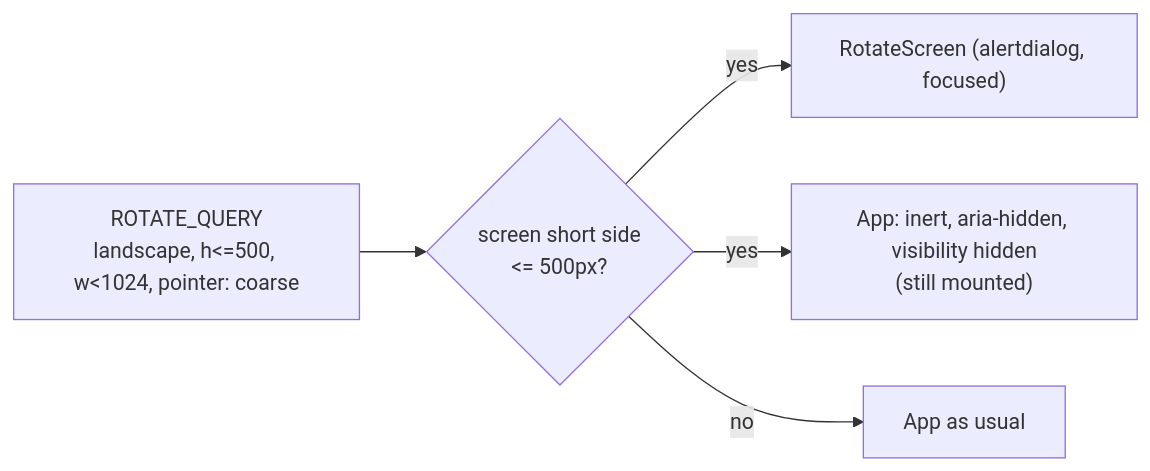
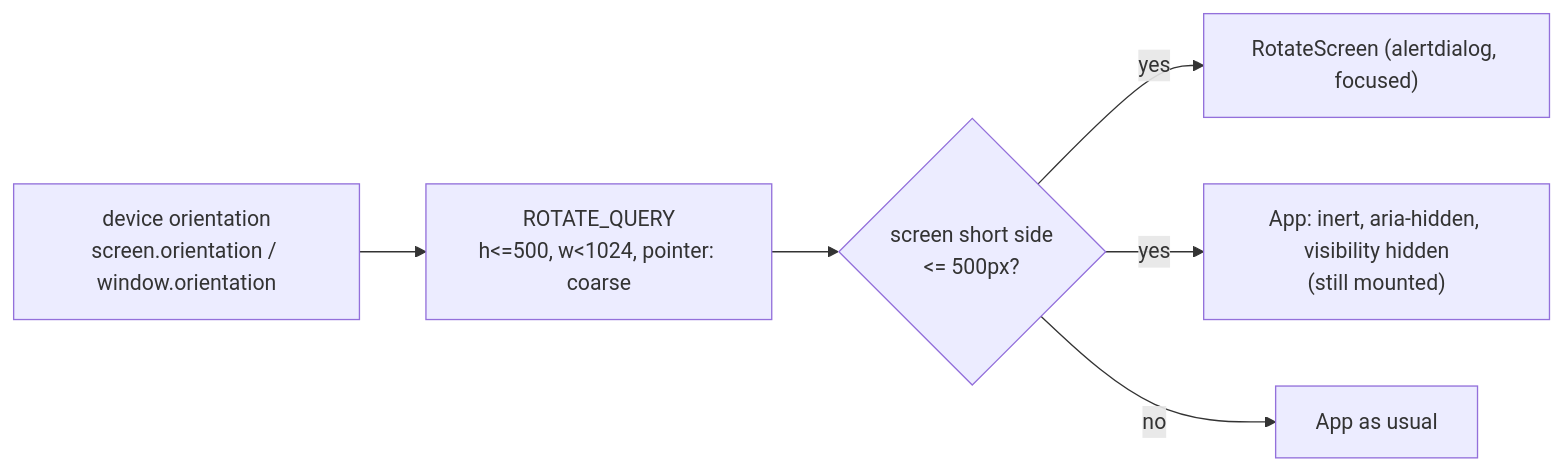
The diagram in project/status/2026-10-01-phone-portrait-only.md (hacka-tron/basel.engineering), drawn with Mermaid before and after one commit. The commit also changed other lines of this file and 7 other files, not shown here.

First line of the commit message:
Rotate screen: read orientation from the device, not the viewport

````diff
--- a/project/status/2026-10-01-phone-portrait-only.md
+++ b/project/status/2026-10-01-phone-portrait-only.md
@@ -17,7 +17,8 @@
 ```mermaid
 flowchart LR
-  MQ["ROTATE_QUERY<br/>landscape, h<=500, w<1024, pointer: coarse"] --> S{"screen short side<br/><= 500px?"}
+  D["device orientation<br/>screen.orientation / window.orientation"] --> MQ
+  MQ["ROTATE_QUERY<br/>h<=500, w<1024, pointer: coarse"] --> S{"screen short side<br/><= 500px?"}
   S -- yes --> R["RotateScreen (alertdialog, focused)"]
   S -- yes --> A["App: inert, aria-hidden, visibility hidden<br/>(still mounted)"]
   S -- no --> N["App as usual"]
 ```
````
